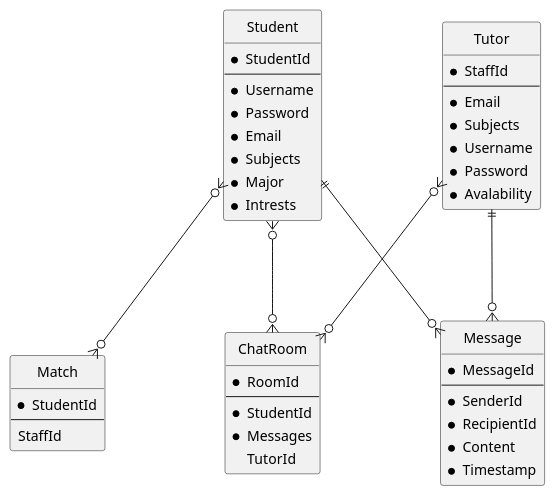
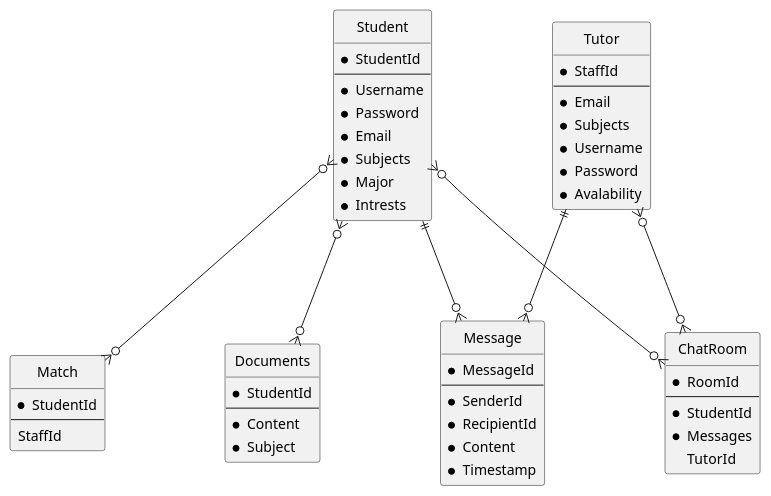
Before and after one commit to annikamarriner123/StudyBuddy: the diagram in StudyBuddy.puml, drawn with PlantUML.

Commit message:
Added extra class to fit user stories

```diff
--- a/StudyBuddy.puml
+++ b/StudyBuddy.puml
@@ -1,91 +1,95 @@
 @startuml
 
 skinparam {
   Style StrictUML
 
   ' make the stereotypes less ugly
   ClassStereotypeFont {
     Size 10
     Style plain
   }
 
   ' make boxes slightly less pointy
   RoundCorner 5
 
   ' make everything slightly less cramped
   Padding 2
 
   ' vertical spacing (make room for labels)
   RankSep 100
 
   ' horizontal spacing (make room for labels)
   NodeSep 120
 }
 
 'The students who will use the app
 class "Student" as student {
 * StudentId
 --
 * Username
 * Password
 * Email
 * Subjects
 * Major
 * Intrests
 }
 
 'Represents the tutors present on the app
 class "Tutor" as tutor{
 * StaffId
 --
 * Email
 * Subjects
 * Username
 * Password
 * Avalability
 }
 
 'Stores results when a match is made 
 'Should staffId be there as an optional thing?
 class "Match" as match{
   *StudentId
   --
   StaffId 
 }
 
 'This represents messages between one user and another a DM
 class "Message" as msg {
   * MessageId
   --
   * SenderId
   * RecipientId
   * Content
   * Timestamp
 }
 
 
 'This is the group chat aspect where multiple tutors and students can be present
-entity "ChatRoom" as room {
+class "ChatRoom" as room {
   * RoomId
   --
   * StudentId
   * Messages
   TutorId
 }
 
+'For when the student needs to upload/ share their study docs
+class "Documents" as docs {
+  * StudentId
+  --
+  * Content
+  * Subject
+}
+
+
+
 
 student }o--o{ room
+student }o--o{ docs
 tutor }o--o{ room
 student ||--o{ msg
 tutor ||--o{ msg
 student }o--o{ match
 
 
-
-
-
-
-
-
-
 @enduml
```
